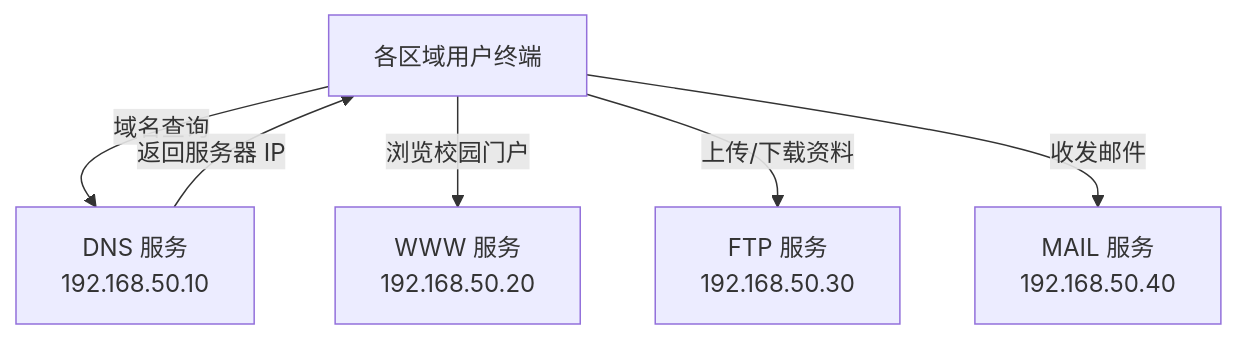
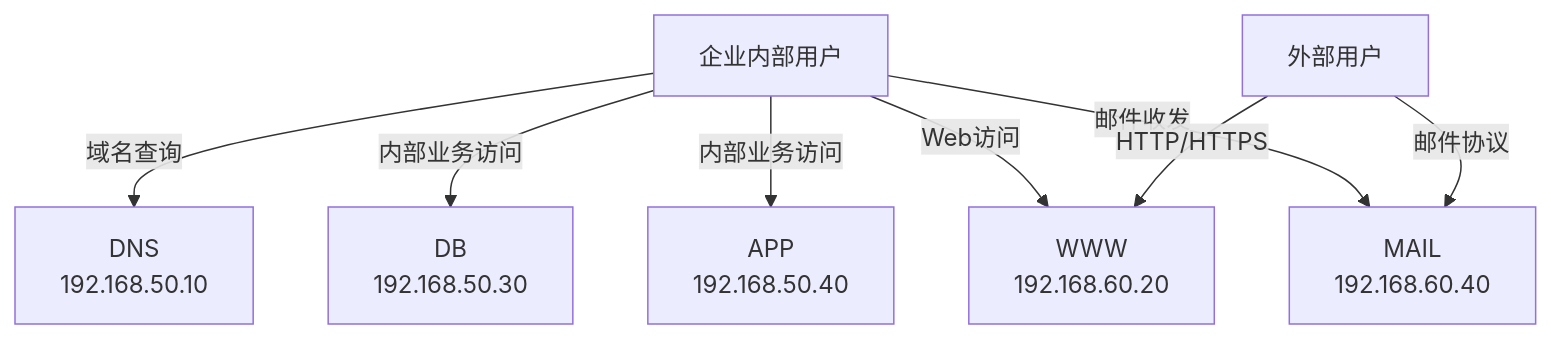
The fourth of 6 diagrams in 设计/概要设计.md (ahfdjajsfsa/Company-network), drawn with Mermaid before and after one commit. The commit also changed other lines of this file and 6 other files, not shown here.

````diff
--- a/设计/概要设计.md
+++ b/设计/概要设计.md
@@ -188,14 +231,19 @@
 ```mermaid
 flowchart TB
-    Users[各区域用户终端]
-    DNS[DNS 服务\n192.168.50.10]
-    WWW[WWW 服务\n192.168.50.20]
-    FTP[FTP 服务\n192.168.50.30]
-    Mail[MAIL 服务\n192.168.50.40]
+    Users[企业内部用户]
+    External[外部用户]
+    DNS[DNS\n192.168.50.10]
+    DB[DB\n192.168.50.30]
+    APP[APP\n192.168.50.40]
+    WWW[WWW\n192.168.60.20]
+    Mail[MAIL\n192.168.60.40]
 
     Users -->|域名查询| DNS
-    DNS -->|返回服务器 IP| Users
-    Users -->|浏览校园门户| WWW
-    Users -->|上传/下载资料| FTP
-    Users -->|收发邮件| Mail
+    Users -->|内部业务访问| DB
+    Users -->|内部业务访问| APP
+    Users -->|Web访问| WWW
+    Users -->|邮件收发| Mail
+
+    External -->|HTTP/HTTPS| WWW
+    External -->|邮件协议| Mail
 ```
````
